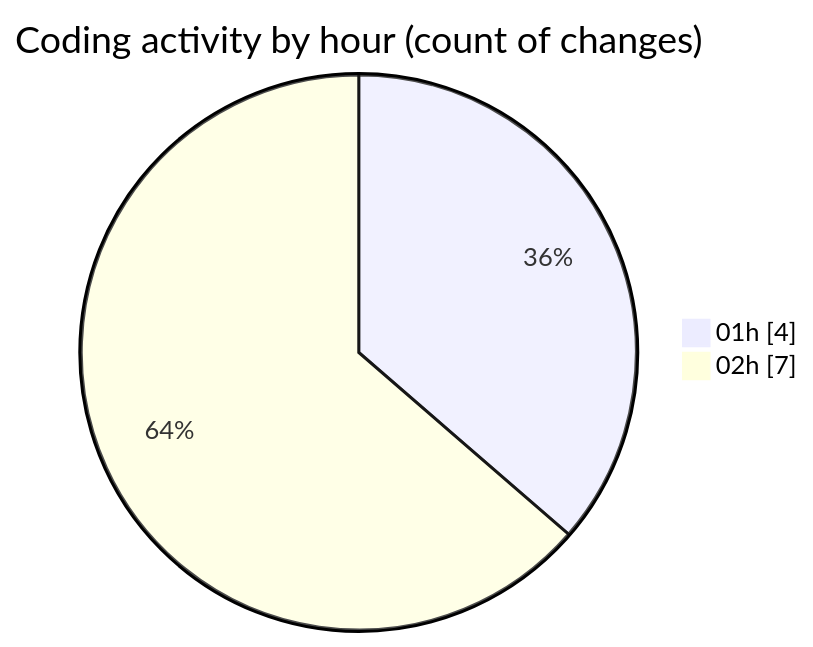
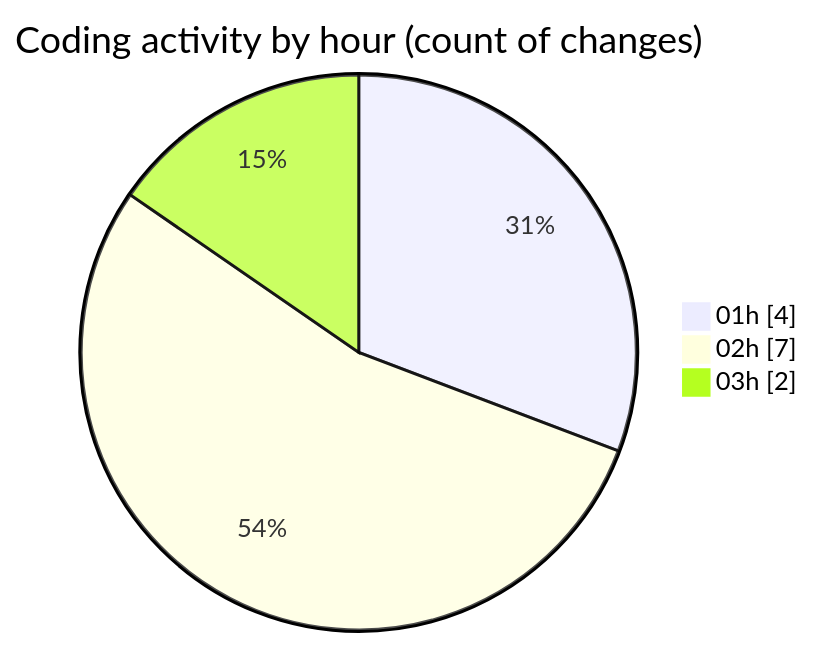
Before and after one commit to jrari/code-tracking: the second of 2 diagrams in 2025-07-15/telebot/README.md, drawn with Mermaid. The commit also changed other lines of this file and 1 other file, not shown here.

````diff
--- a/2025-07-15/telebot/README.md
+++ b/2025-07-15/telebot/README.md
@@ -29,6 +30,7 @@
 ```mermaid
 pie showData
 title Coding activity by hour (count of changes)
 "01h" : 4
 "02h" : 7
+"03h" : 2
 ```
````
